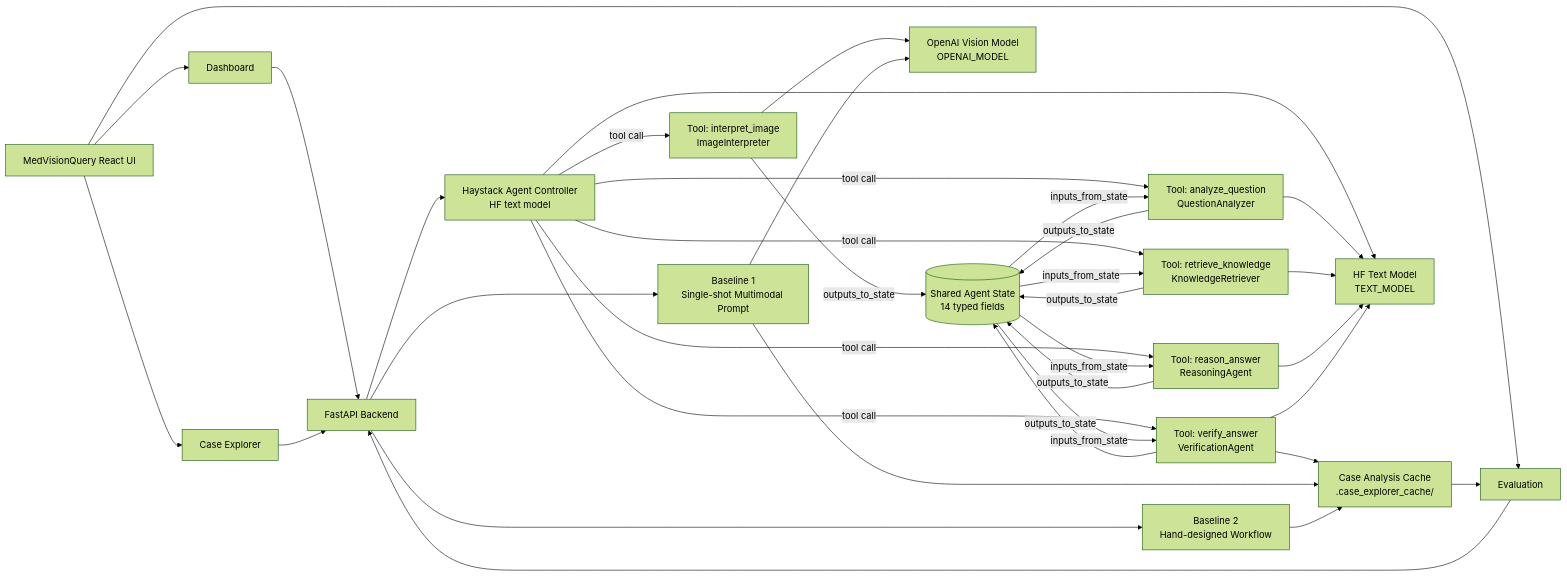
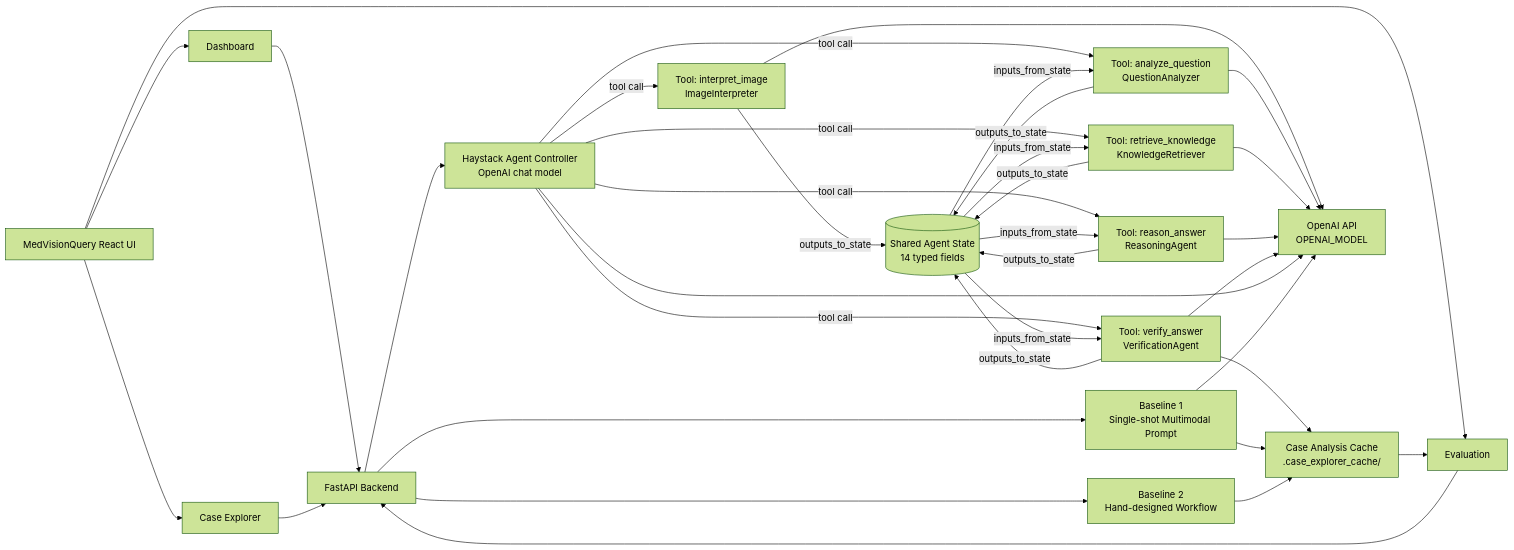
One commit to clarence-ck/med-vqa-rad-agentic changed the diagram in README.md. Above: the diagram before and after it, drawn with Mermaid (forest theme). The commit also changed other lines of this file and 5 other files, not shown here.

Commit message:
feat: Consolidate entire agentic pipeline to OpenAI-only runtime, remove HuggingFace text model routing, and update documentation to reflect single-model architecture with legacy variable notes

````diff
--- a/README.md
+++ b/README.md
@@ -47,51 +47,50 @@
 ```mermaid
 flowchart LR
     UI[MedVisionQuery React UI]
     DASH[Dashboard]
     EXP[Case Explorer]
     EVAL[Evaluation]
 
     UI --> DASH
     UI --> EXP
     UI --> EVAL
 
     DASH --> API[FastAPI Backend]
     EXP --> API
     EVAL --> API
 
-    API --> ORCH[Haystack Agent Controller\nHF text model]
+    API --> ORCH[Haystack Agent Controller\nOpenAI chat model]
 
     ORCH -->|tool call| T1[Tool: interpret_image\nImageInterpreter]
     ORCH -->|tool call| T2[Tool: analyze_question\nQuestionAnalyzer]
     ORCH -->|tool call| T3[Tool: retrieve_knowledge\nKnowledgeRetriever]
     ORCH -->|tool call| T4[Tool: reason_answer\nReasoningAgent]
     ORCH -->|tool call| T5[Tool: verify_answer\nVerificationAgent]
 
     T1 -->|outputs_to_state| STATE[(Shared Agent State\n14 typed fields)]
     T2 -->|outputs_to_state| STATE
     T3 -->|outputs_to_state| STATE
     T4 -->|outputs_to_state| STATE
     T5 -->|outputs_to_state| STATE
 
     STATE -->|inputs_from_state| T2
     STATE -->|inputs_from_state| T3
     STATE -->|inputs_from_state| T4
     STATE -->|inputs_from_state| T5
 
     API --> B1[Baseline 1\nSingle-shot Multimodal Prompt]
     API --> B2[Baseline 2\nHand-designed Workflow]
 
     T5 --> CACHE[Case Analysis Cache\n.case_explorer_cache/]
     B1 --> CACHE
     B2 --> CACHE
     CACHE --> EVAL
 
-    T1 --> VISION[OpenAI Vision Model\nOPENAI_MODEL]
-    B1 --> VISION
-
-    ORCH --> TEXT[HF Text Model\nTEXT_MODEL]
-    T2 --> TEXT
-    T3 --> TEXT
-    T4 --> TEXT
-    T5 --> TEXT
+    T1 --> LLM[OpenAI API\nOPENAI_MODEL]
+    T2 --> LLM
+    T3 --> LLM
+    T4 --> LLM
+    T5 --> LLM
+    ORCH --> LLM
+    B1 --> LLM
 ```
````
